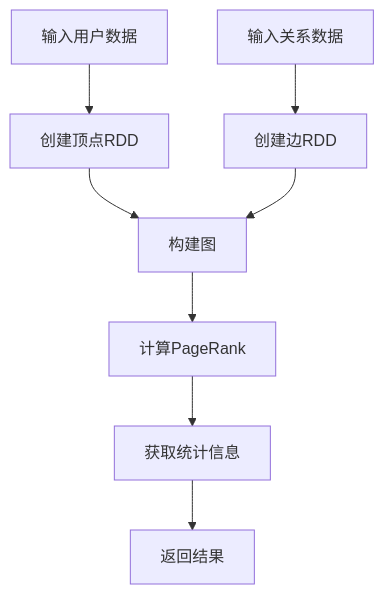
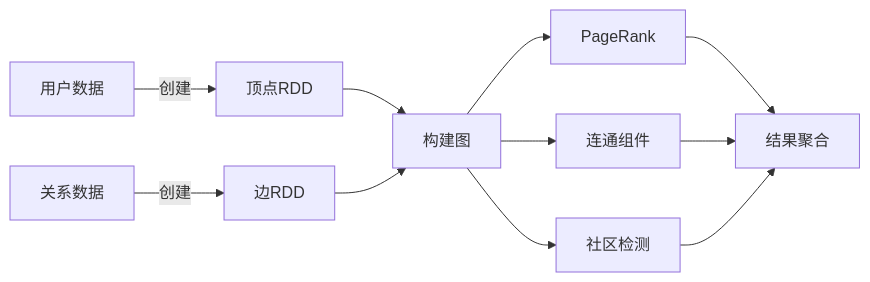
The seventh of 11 diagrams in README.md (HangerLIN/spark-demo), drawn with Mermaid before and after one commit. The commit also changed other lines of this file, not shown here.

Commit message:
更新README，添加详细API说明和流程图

````diff
--- a/README.md
+++ b/README.md
@@ -199,10 +735,13 @@
 ```mermaid
-graph TD
-    A[输入用户数据] --> B[创建顶点RDD]
-    C[输入关系数据] --> D[创建边RDD]
+graph LR
+    A[用户数据] -->|创建| B[顶点RDD]
+    C[关系数据] -->|创建| D[边RDD]
     B --> E[构建图]
     D --> E
-    E --> F[计算PageRank]
-    F --> G[获取统计信息]
-    G --> H[返回结果]
+    E --> F[PageRank]
+    E --> G[连通组件]
+    E --> H[社区检测]
+    F --> I[结果聚合]
+    G --> I
+    H --> I
 ```
````
